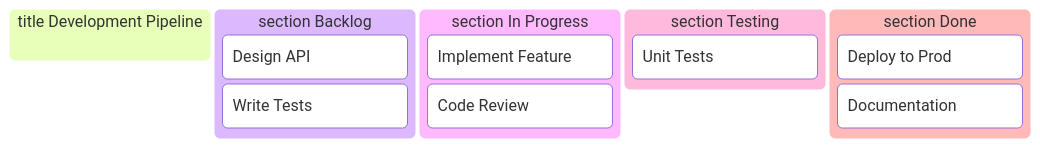
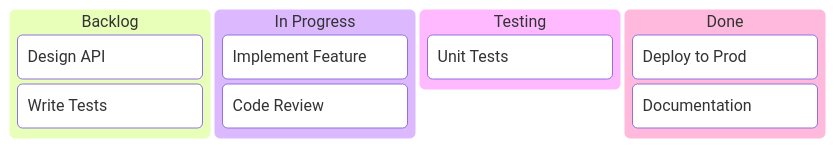
One commit to itohio/itohio.github.io changed the second of 3 diagrams in blog/content/snippets/diagrams/mermaid-kanban.md. Above: the diagram before and after it, drawn with Mermaid. The commit also changed other lines of this file and 23 other files, not shown here.

Commit message:
fix(code,diagrams): pydantic v2, LangChain imports, CAP/Redlock, secure-coding examples, Mermaid syntax

````diff
--- a/blog/content/snippets/diagrams/mermaid-kanban.md
+++ b/blog/content/snippets/diagrams/mermaid-kanban.md
@@ -75,15 +72,14 @@
 ```mermaid
 kanban
-    title Development Pipeline
-    section Backlog
-        Design API
-        Write Tests
-    section In Progress
-        Implement Feature
-        Code Review
-    section Testing
-        Unit Tests
-    section Done
-        Deploy to Prod
-        Documentation
+    backlog[Backlog]
+        t1[Design API]
+        t2[Write Tests]
+    doing[In Progress]
+        t3[Implement Feature]
+        t4[Code Review]
+    testing[Testing]
+        t5[Unit Tests]
+    done[Done]
+        t6[Deploy to Prod]
+        t7[Documentation]
 ```
````
